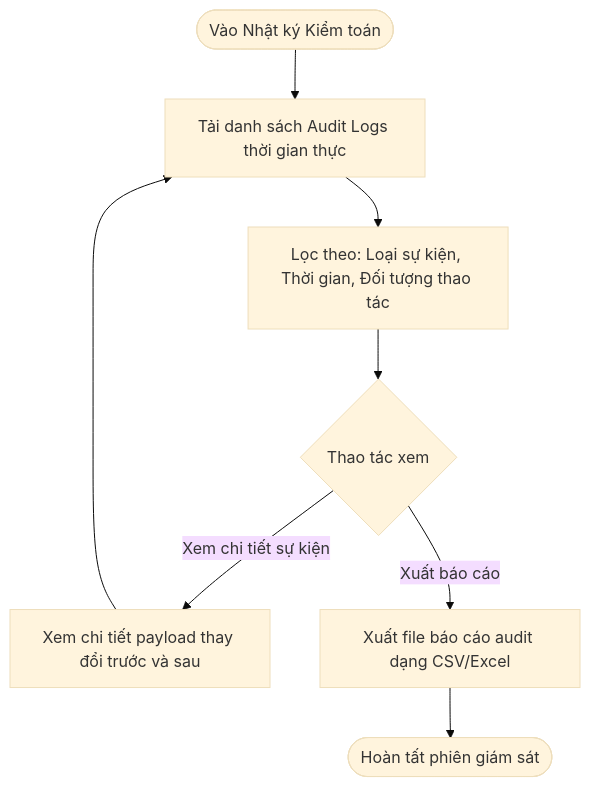
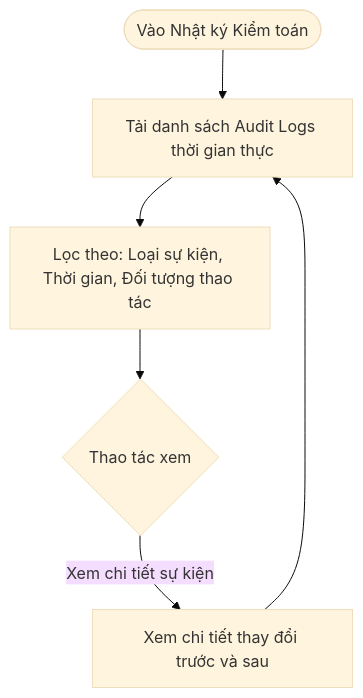
The fifth of 6 diagrams in phase-1/discovery/user_flow/admin_user_flow.md (pbl6-home-renter/docs), drawn with Mermaid (base theme) before and after one commit. The commit also changed other lines of this file and 6 other files, not shown here.

````diff
--- a/phase-1/discovery/user_flow/admin_user_flow.md
+++ b/phase-1/discovery/user_flow/admin_user_flow.md
@@ -190,12 +144,10 @@
 ```mermaid
 flowchart TD
     StartAudit([Vào Nhật ký Kiểm toán]) --> LoadLogs[Tải danh sách Audit Logs thời gian thực]
     LoadLogs --> ApplyFilter[Lọc theo: Loại sự kiện, Thời gian, Đối tượng thao tác]
     
     ApplyFilter --> LogAction{Thao tác xem}
-    LogAction -->|Xem chi tiết sự kiện| ViewPayload[Xem chi tiết payload thay đổi trước và sau]
-    LogAction -->|Xuất báo cáo| ExportData[Xuất file báo cáo audit dạng CSV/Excel]
+    LogAction -->|Xem chi tiết sự kiện| ViewPayload[Xem chi tiết thay đổi trước và sau]
     
     ViewPayload --> LoadLogs
-    ExportData --> EndAudit([Hoàn tất phiên giám sát])
 ```
````
